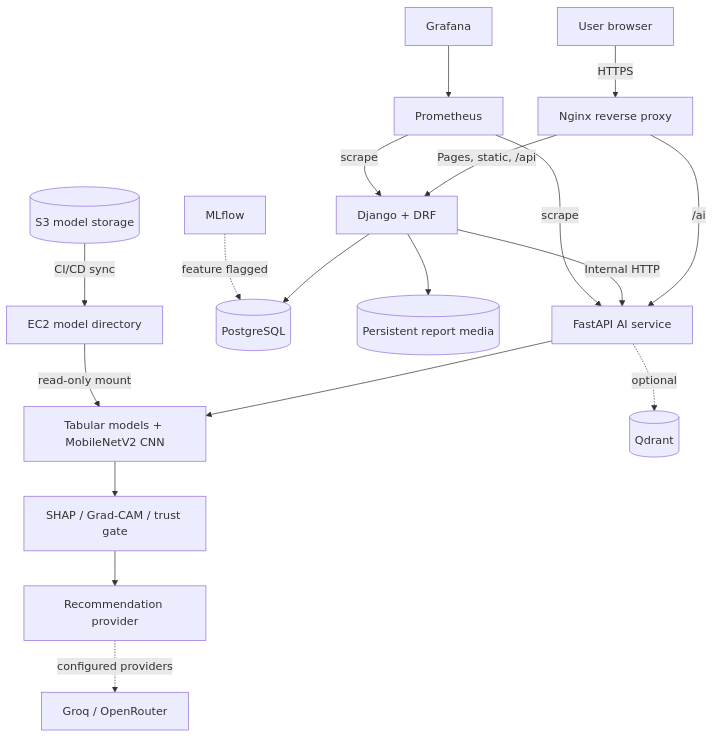
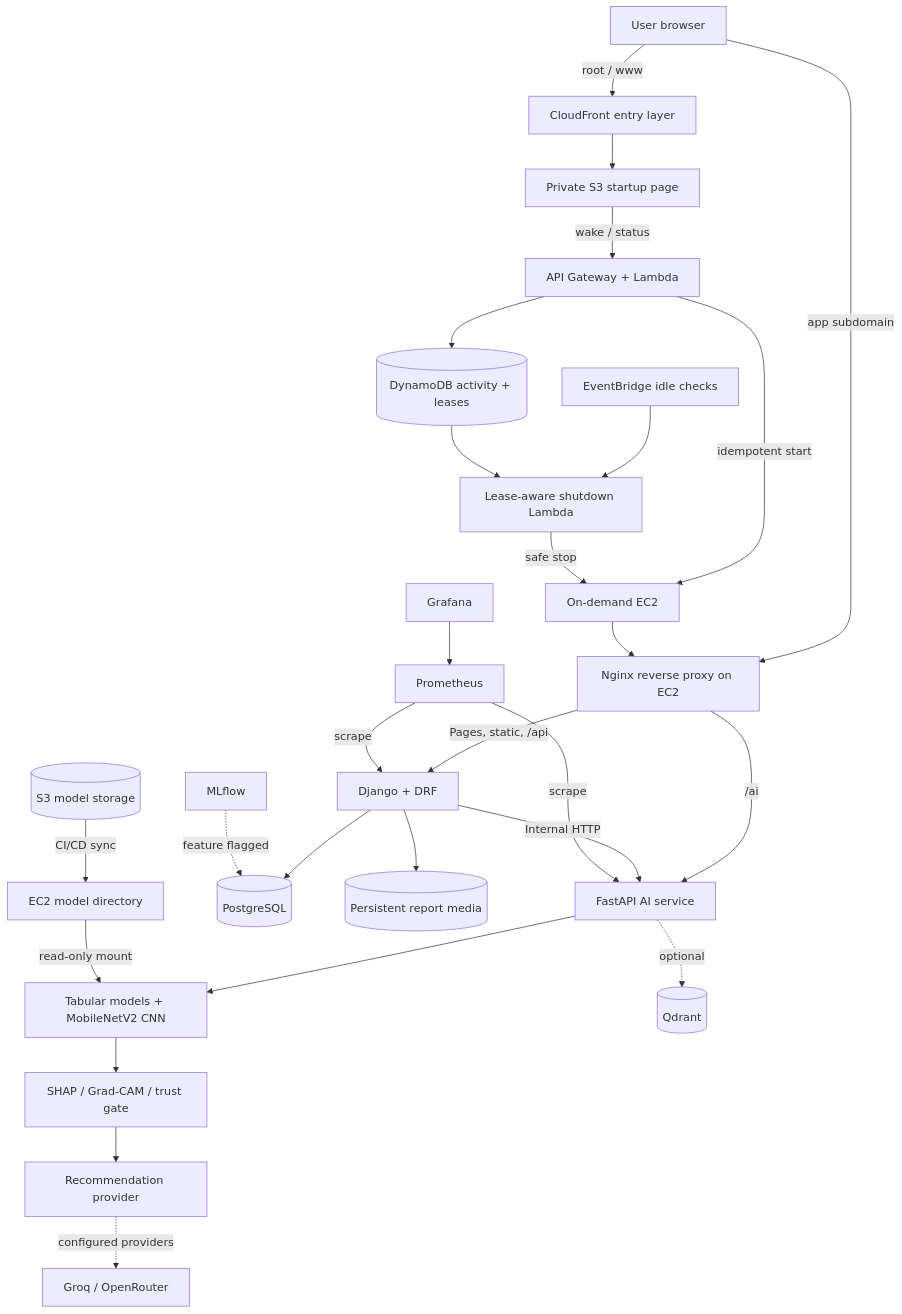
The first of 2 diagrams in README.md (hammadAsher100/Medimind---Ai-powered-Healthcare-platform), drawn with Mermaid before and after one commit. The commit also changed other lines of this file and 29 other files, not shown here.

Commit message:
feat: add on-demand EC2 architecture

````diff
--- a/README.md
+++ b/README.md
@@ -141,20 +141,29 @@
 ```mermaid
 flowchart TB
-    User["User browser"] -->|HTTPS| Nginx["Nginx reverse proxy"]
+    User["User browser"] -->|root / www| CloudFront["CloudFront entry layer"]
+    CloudFront --> Startup["Private S3 startup page"]
+    Startup -->|wake / status| Wake["API Gateway + Lambda"]
+    Wake -->|idempotent start| EC2["On-demand EC2"]
+    User -->|app subdomain| Nginx["Nginx reverse proxy on EC2"]
+    Scheduler["EventBridge idle checks"] --> Shutdown["Lease-aware shutdown Lambda"]
+    Shutdown -->|safe stop| EC2
+    Activity[(DynamoDB activity + leases)] --> Shutdown
+    Wake --> Activity
+    EC2 --> Nginx
     Nginx -->|Pages, static, /api| Django["Django + DRF"]
     Nginx -->|/ai| FastAPI["FastAPI AI service"]
     Django -->|Internal HTTP| FastAPI
     Django --> PostgreSQL[(PostgreSQL)]
     Django --> Media[(Persistent report media)]
     FastAPI --> Models["Tabular models + MobileNetV2 CNN"]
     Models --> Explain["SHAP / Grad-CAM / trust gate"]
     Explain --> Guidance["Recommendation provider"]
     FastAPI -. optional .-> Qdrant[(Qdrant)]
     Guidance -. configured providers .-> LLM["Groq / OpenRouter"]
     S3[(S3 model storage)] -->|CI/CD sync| HostModels["EC2 model directory"]
     HostModels -->|read-only mount| Models
     Prometheus["Prometheus"] -->|scrape| Django
     Prometheus -->|scrape| FastAPI
     Grafana["Grafana"] --> Prometheus
     MLflow["MLflow"] -. feature flagged .-> PostgreSQL
 ```
````
